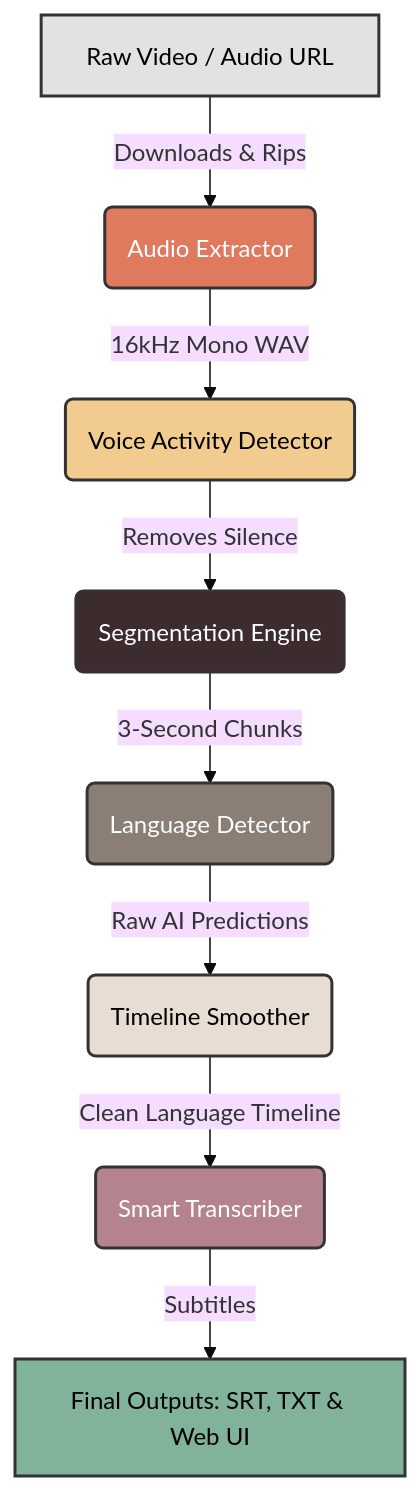
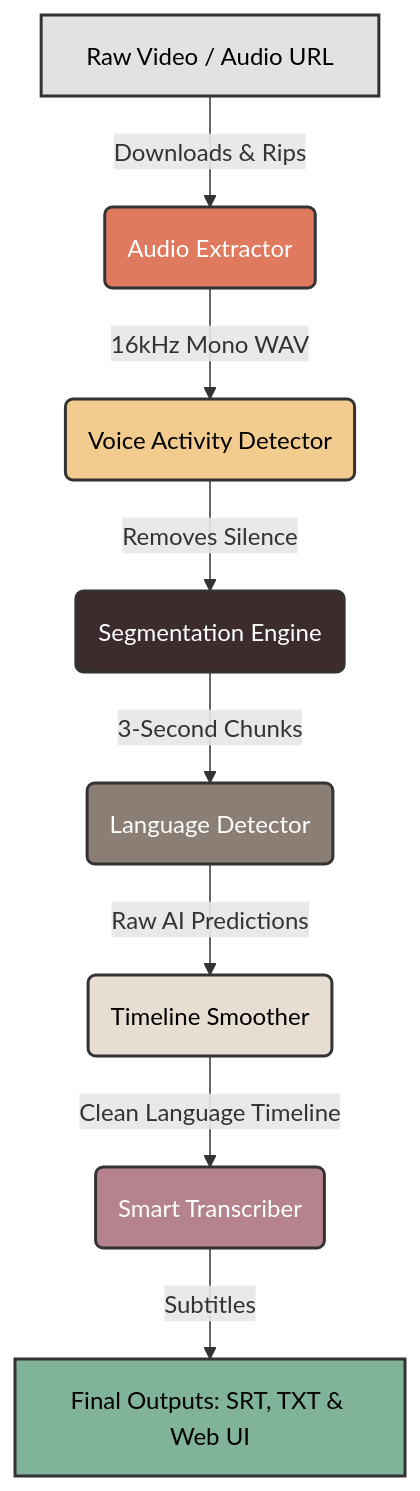
One commit to Duljit2006/frame-speech changed the diagram in progress_report.md. Above: the diagram before and after it, drawn with Mermaid. The commit also changed 13 other files, not shown here.

Commit message:
fix: remove mermaid theme init to fix invisible arrows on github dark mode

````diff
--- a/progress_report.md
+++ b/progress_report.md
@@ -16,20 +16,19 @@
 ```mermaid
-%%{init: {'theme': 'base', 'themeVariables': { 'fontFamily': 'sans-serif' }}}%%
 graph TD
     A[Raw Video / Audio URL] -->|Downloads & Rips| B(Audio Extractor)
     B -->|16kHz Mono WAV| C(Voice Activity Detector)
     C -->|Removes Silence| D(Segmentation Engine)
     D -->|3-Second Chunks| E(Language Detector)
     E -->|Raw AI Predictions| F(Timeline Smoother)
     F -->|Clean Language Timeline| G(Smart Transcriber)
     G -->|Subtitles| H[Final Outputs: SRT, TXT & Web UI]
     
     style A fill:#e2e2e2,stroke:#333,stroke-width:2px,color:#000
     style B fill:#E07A5F,stroke:#333,stroke-width:2px,color:#fff
     style C fill:#F2CC8F,stroke:#333,stroke-width:2px,color:#000
     style D fill:#3D2C2E,stroke:#333,stroke-width:2px,color:#fff
     style E fill:#8B7E74,stroke:#333,stroke-width:2px,color:#fff
     style F fill:#E8DDD3,stroke:#333,stroke-width:2px,color:#000
     style G fill:#B5838D,stroke:#333,stroke-width:2px,color:#fff
     style H fill:#81B29A,stroke:#333,stroke-width:2px,color:#000
 ```
````
